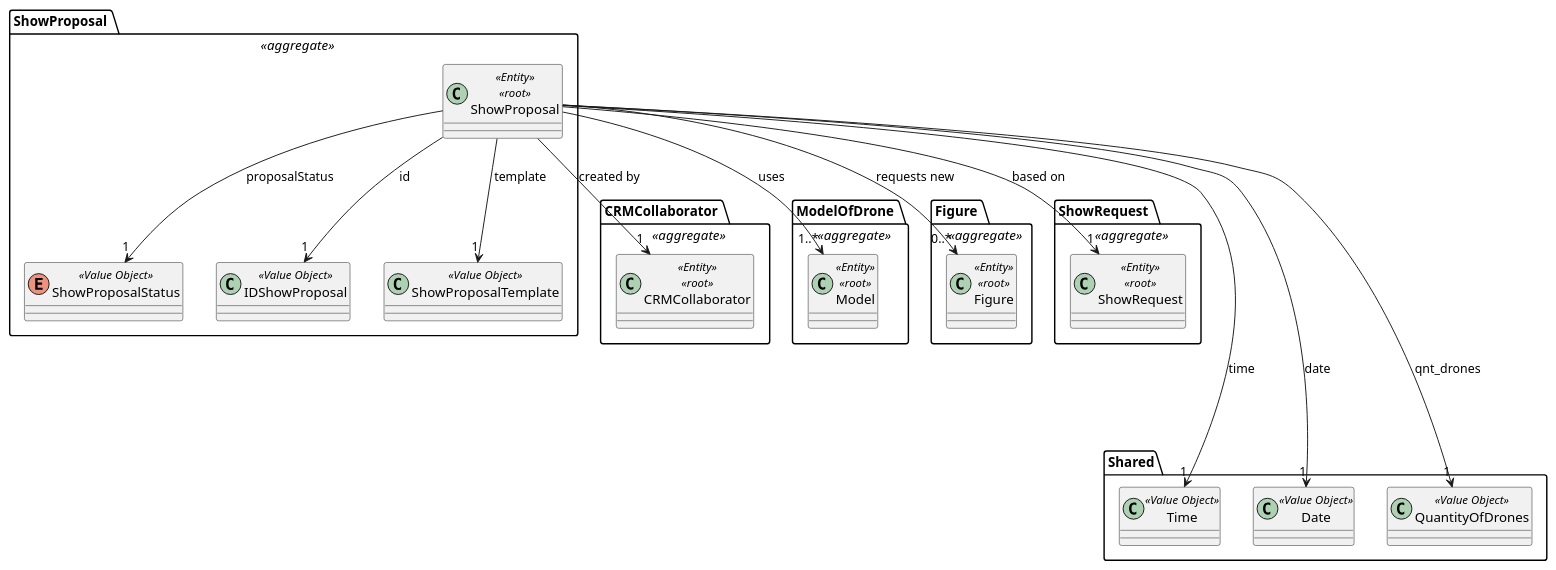
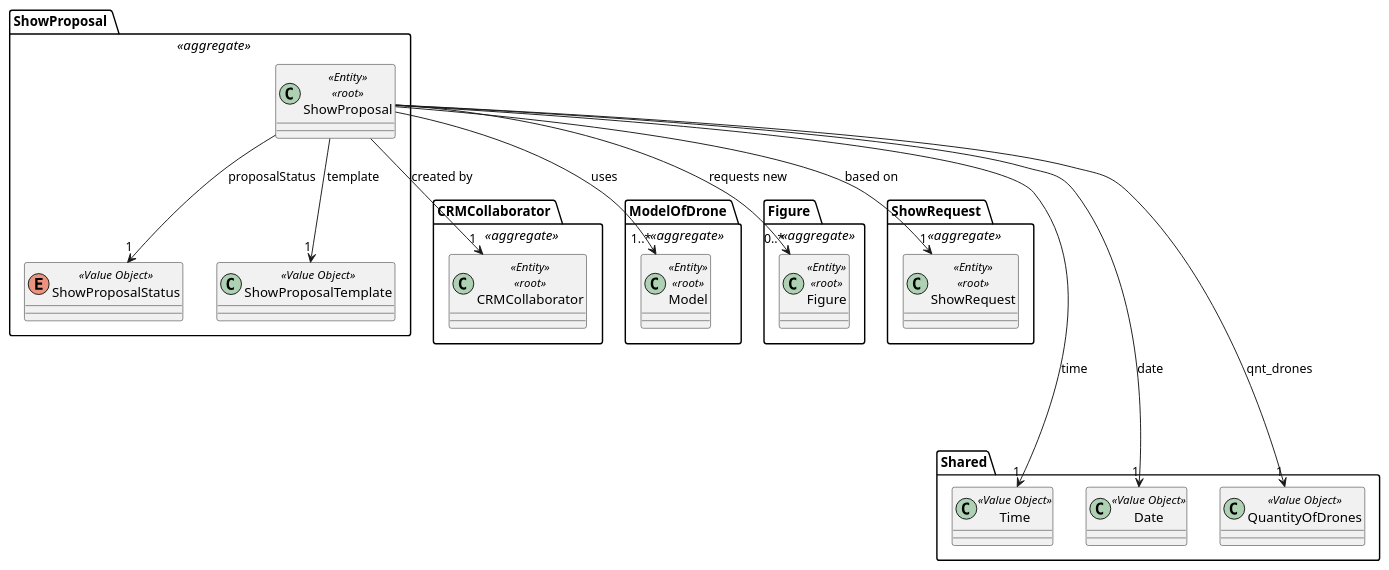
One commit to diogoveirospro/sem4pi-2024-2025-sem4pi_2024_2025_g44 changed the diagram in docs/global_artifacts/analysis/puml/domain_model_show_proposal.puml. Above: the diagram before and after it, drawn with PlantUML. The commit also changed 5 other files, not shown here.

```diff
--- a/docs/global_artifacts/analysis/puml/domain_model_show_proposal.puml
+++ b/docs/global_artifacts/analysis/puml/domain_model_show_proposal.puml
@@ -1,69 +1,65 @@
 @startuml
 
 package "CRMCollaborator " <<aggregate>> {
 
     class CRMCollaborator <<Entity>> <<root>>{
     }
 }
 
 package "ModelOfDrone " <<aggregate>> {
 
     class Model <<Entity>> <<root>>{
     }
 
 }
 
 package "Figure " <<aggregate>> {
 
     class Figure <<Entity>> <<root>>{
     }
 }
 
 package "ShowRequest " <<aggregate>>{
 
     class ShowRequest <<Entity>> <<root>>{
     }
 }
 
 package "ShowProposal " <<aggregate>>{
 
     enum ShowProposalStatus <<Value Object>>{
     }
 
-    class IDShowProposal<<Value Object>>{
-    }
-
     class ShowProposal <<Entity>> <<root>>{
     }
 
     class ShowProposalTemplate <<Value Object>>{
     }
 
     'ShowProposal -> x
     ShowProposal --> "1" CRMCollaborator: created by
     ShowProposal --> "1" ShowRequest: based on
     ShowProposal --> "1" ShowProposalStatus: proposalStatus
-    ShowProposal --> "1" IDShowProposal: id
     ShowProposal --> "0..*" Figure : requests new
     ShowProposal --> "1" ShowProposalTemplate: template
     ShowProposal --> "1..*" Model: uses
 }
 
 package Shared {
 
     class Time <<Value Object>>{
     }
 
     class Date <<Value Object>>{
     }
 
     class QuantityOfDrones <<Value Object>>{
     }
 
     'ShowProposal -> x
     ShowProposal ----> "1" QuantityOfDrones: qnt_drones
     ShowProposal ----> "1" Time: time
     ShowProposal ----> "1" Date: date
 }
 
 @enduml
```
